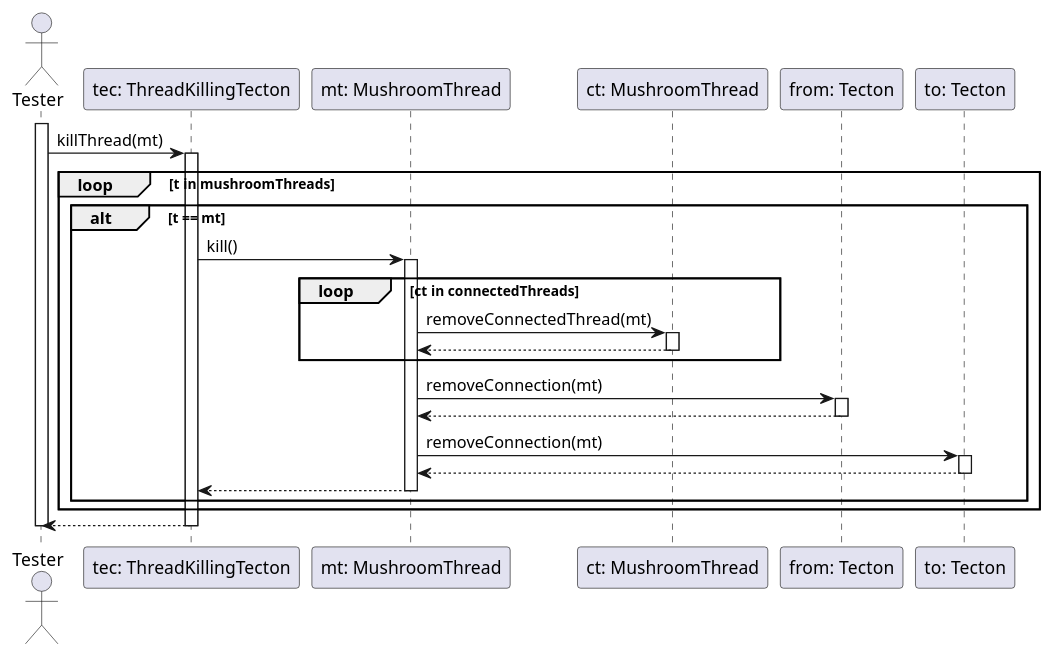
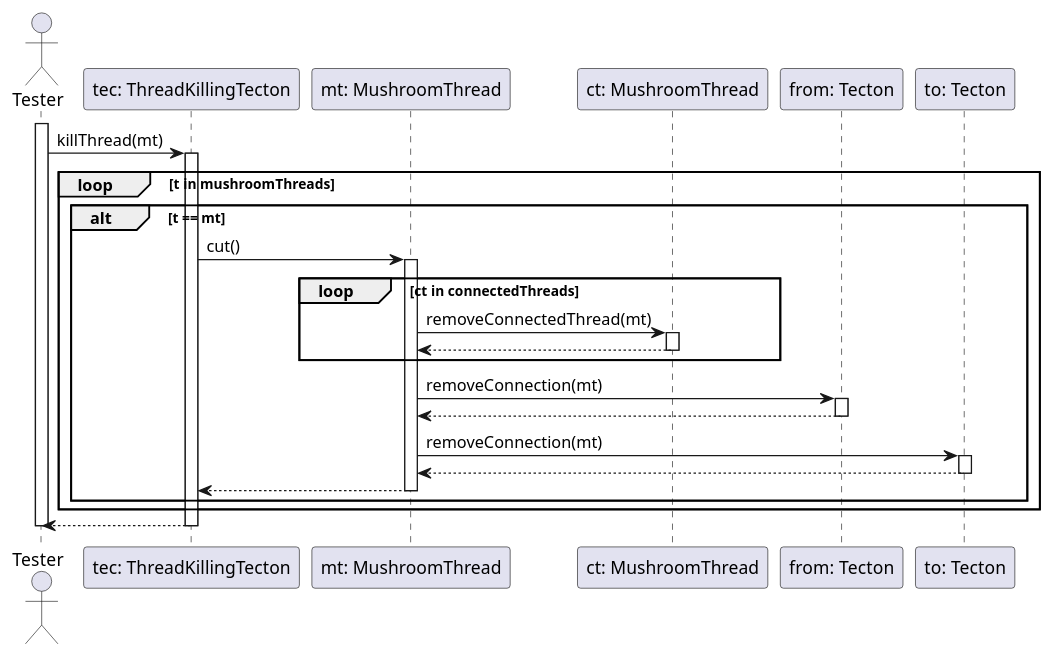
One commit to dzsem/projlab changed the diagram in diagrams/test-sequence/threadKillingTectonKillThread.puml. Above: the diagram before and after it, drawn with PlantUML.

Commit message:
Fix mt.cut typo

```diff
--- a/diagrams/test-sequence/threadKillingTectonKillThread.puml
+++ b/diagrams/test-sequence/threadKillingTectonKillThread.puml
@@ -1,50 +1,50 @@
 @startuml threadKillingTectonKillThreadTest
 
 actor "Tester" as tst
 participant "tec: ThreadKillingTecton" as tec
 participant "mt: MushroomThread" as mt
 participant "ct: MushroomThread" as ct
 participant "from: Tecton" as from
 participant "to: Tecton" as to
 
 activate tst
 
 tst -> tec: killThread(mt)
 activate tec
 
 loop t in mushroomThreads
     alt t == mt
-        tec -> mt: kill()
+        tec -> mt: cut()
         activate mt
 
         loop ct in connectedThreads
             mt -> ct: removeConnectedThread(mt)
             activate ct
 
             mt <-- ct
             deactivate ct
         end
 
         mt -> from: removeConnection(mt)
         activate from
 
         mt <-- from
         deactivate from
 
         mt -> to: removeConnection(mt)
         activate to
 
         mt <-- to
         deactivate to
 
         tec <-- mt
         deactivate mt
     end
 end
 
 tst <-- tec
 deactivate tec
 
 deactivate tst
 
 @enduml
```
